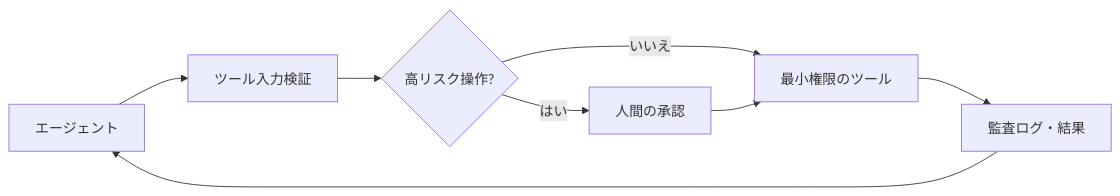
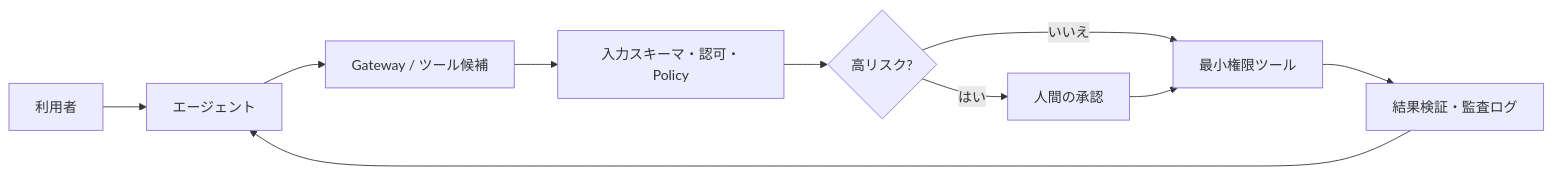
Before and after one commit to RyoWakabayashi/aws-aip-study-guide: the second of 4 diagrams in 14-architecture-diagrams.md, drawn with Mermaid. The commit also changed other lines of this file and 33 other files, not shown here.

````diff
--- a/14-architecture-diagrams.md
+++ b/14-architecture-diagrams.md
@@ -20,10 +27,12 @@
 ```mermaid
 flowchart LR
-  A[エージェント] --> V[ツール入力検証]
-  V --> P{高リスク操作?}
-  P -- はい --> H[人間の承認]
-  P -- いいえ --> T[最小権限のツール]
+  U[利用者] --> A[エージェント]
+  A --> G[Gateway / ツール候補]
+  G --> V[入力スキーマ・認可・Policy]
+  V --> R{高リスク?}
+  R -- はい --> H[人間の承認]
+  R -- いいえ --> T[最小権限ツール]
   H --> T
-  T --> O[監査ログ・結果]
+  T --> O[結果検証・監査ログ]
   O --> A
 ```
````
